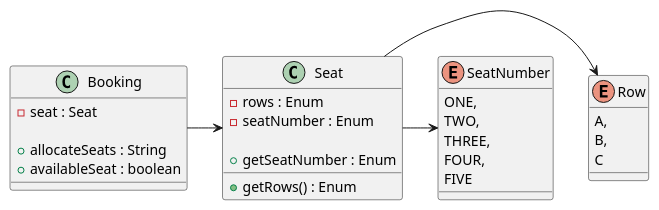
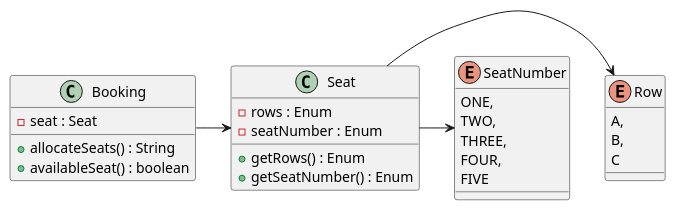
One commit to jayshree430/CinnamonCinema changed the diagram in CinnamonCinemas.puml. Above: the diagram before and after it, drawn with PlantUML. The commit also changed 5 other files, not shown here.

```diff
--- a/CinnamonCinemas.puml
+++ b/CinnamonCinemas.puml
@@ -1,37 +1,37 @@
 @startuml
 class Booking{
     -seat : Seat
 
-    +allocateSeats : String
-    +availableSeat : boolean
+    +allocateSeats() : String
+    +availableSeat() : boolean
 }
 
 Booking -> Seat
 
 class Seat{
     -rows : Enum
     -seatNumber : Enum
 
     +getRows() : Enum
-    +getSeatNumber : Enum
+    +getSeatNumber() : Enum
 }
 
 Enum Row{
     A,
     B,
     C
 }
 
 Seat -> Row
 
 Enum SeatNumber{
     ONE,
     TWO,
     THREE,
     FOUR,
     FIVE
 }
 
 Seat -> SeatNumber
 
 @enduml
```
